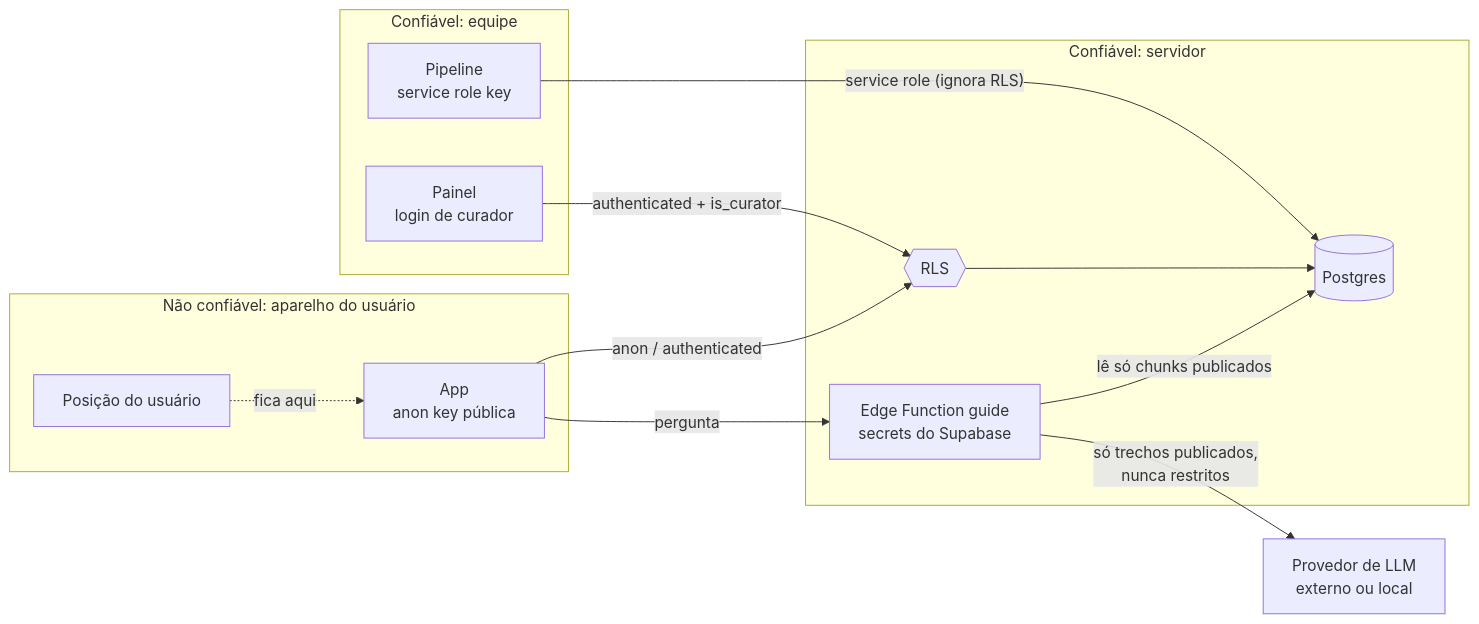
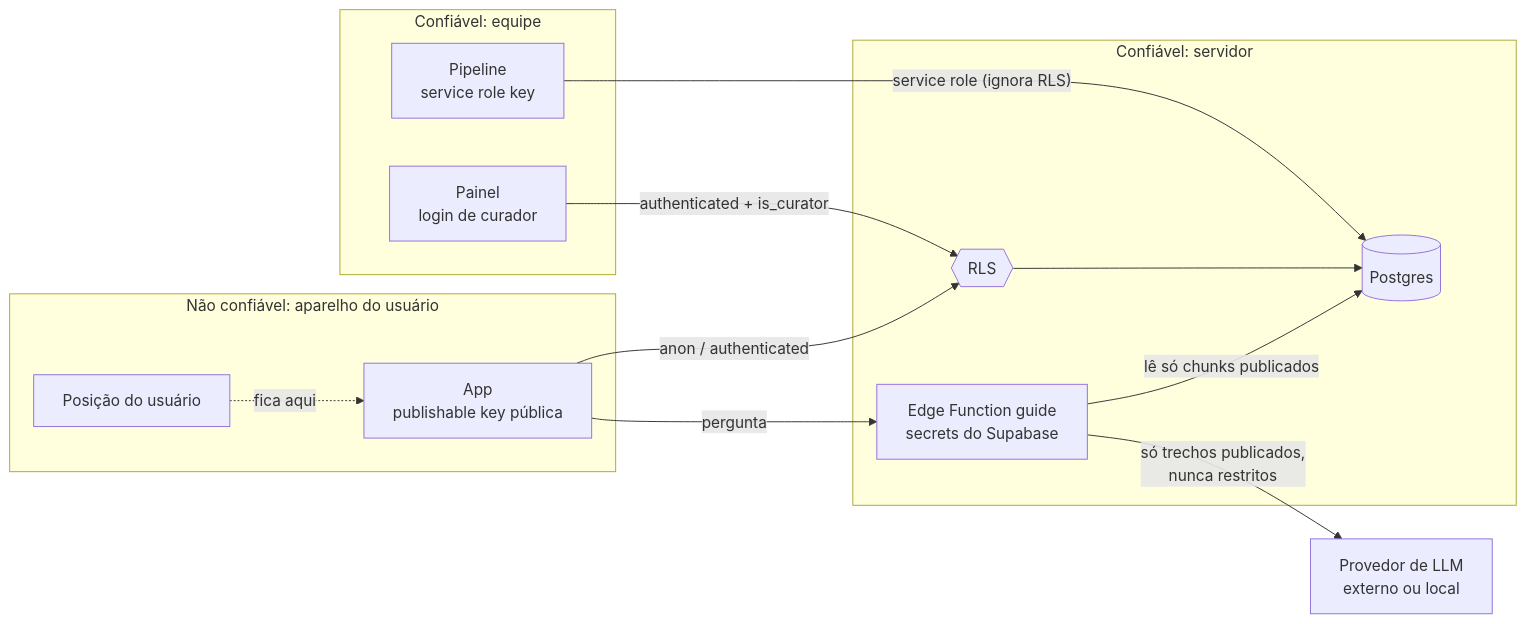
The diagram in docs/arquitetura/05-seguranca-e-privacidade.md (br-santella/arandu), drawn with Mermaid before and after one commit. The commit also changed other lines of this file and 4 other files, not shown here.

````diff
--- a/docs/arquitetura/05-seguranca-e-privacidade.md
+++ b/docs/arquitetura/05-seguranca-e-privacidade.md
@@ -5,29 +5,29 @@
 ```mermaid
 flowchart LR
   subgraph untrusted["Não confiável: aparelho do usuário"]
-    app["App<br/>anon key pública"]
+    app["App<br/>publishable key pública"]
     pos["Posição do usuário"]
     pos -. "fica aqui" .-> app
   end
 
   subgraph server["Confiável: servidor"]
     rls{{"RLS"}}
     db[("Postgres")]
     fn["Edge Function guide<br/>secrets do Supabase"]
     rls --> db
     fn -- "lê só chunks publicados" --> db
   end
 
   subgraph team["Confiável: equipe"]
     pipe["Pipeline<br/>service role key"]
     admin["Painel<br/>login de curador"]
   end
 
   llm["Provedor de LLM<br/>externo ou local"]
 
   app -- "anon / authenticated" --> rls
   app -- "pergunta" --> fn
   admin -- "authenticated + is_curator" --> rls
   pipe -- "service role (ignora RLS)" --> db
   fn -- "só trechos publicados,<br/>nunca restritos" --> llm
 ```
````
